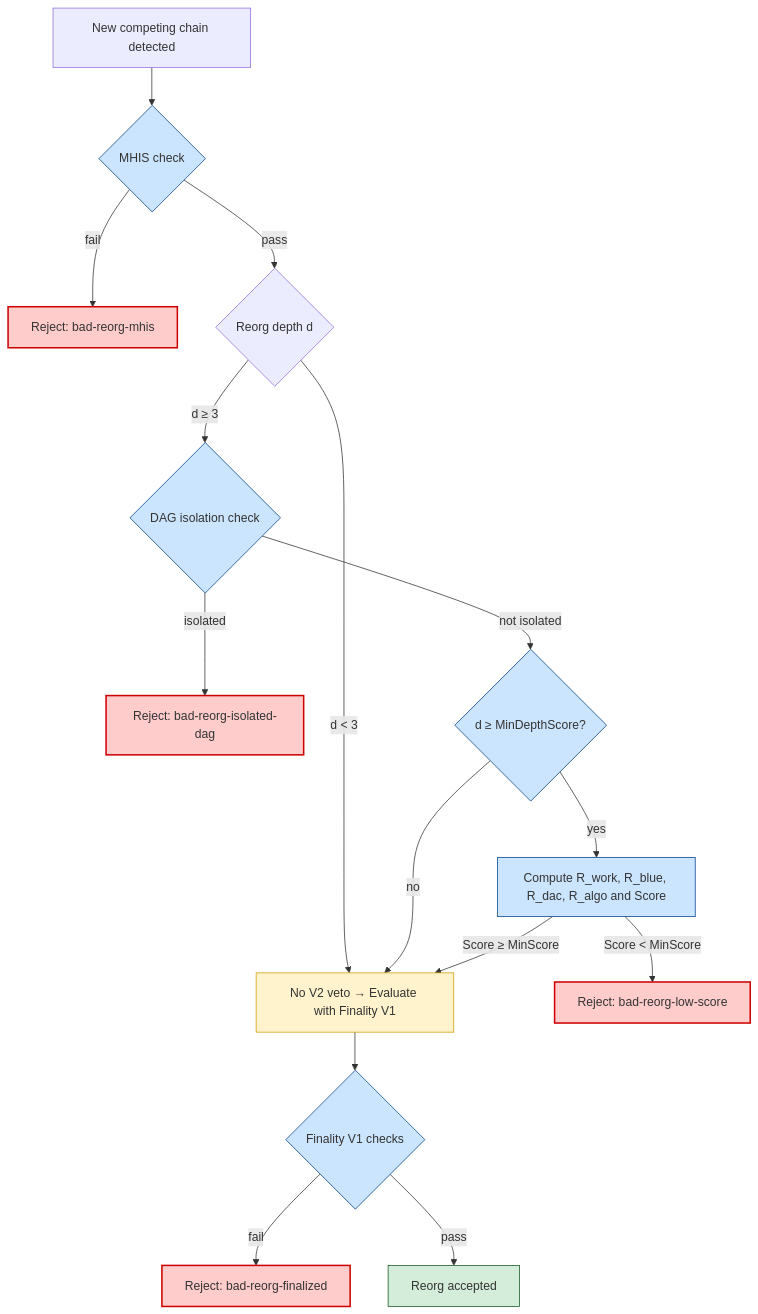
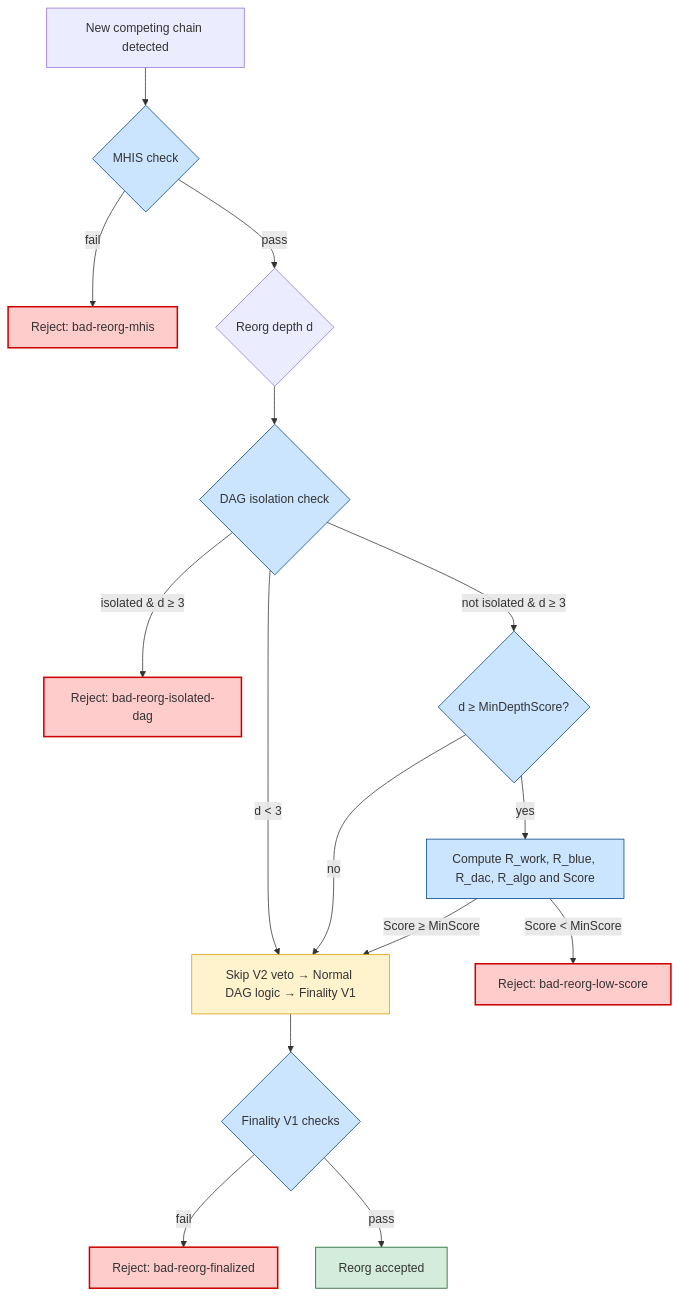
Before and after one commit to SanaMegabytes/megabytes-security-model: the diagram in README.md, drawn with Mermaid.

Commit message:
Refactor decision flow in README diagram

````diff
--- a/README.md
+++ b/README.md
@@ -13,38 +13,38 @@
 ```mermaid
 %%{init: {'theme':'default'}}%%
 flowchart TD
 
 
     A[New competing chain detected] --> M{MHIS check}
     M -->|fail| R1[Reject: bad-reorg-mhis]
     M -->|pass| B{Reorg depth d}
-    B -->|d < 3| F[No V2 veto → Evaluate with Finality V1]
-    B -->|d ≥ 3| C{DAG isolation check}
+    B --> C{DAG isolation check}
 
-    C -->|isolated| Z[Reject: bad-reorg-isolated-dag]
-    C -->|not isolated| D{d ≥ MinDepthScore?}
+    C -->|d < 3| F[Skip V2 veto → Normal DAG logic → Finality V1]
+    C -->|isolated & d ≥ 3| Z[Reject: bad-reorg-isolated-dag]
+    C -->|not isolated & d ≥ 3| D{d ≥ MinDepthScore?}
 
     D -->|no| F
     D -->|yes| E[Compute R_work, R_blue, R_dac, R_algo and Score]
 
     E -->|Score < MinScore| Y[Reject: bad-reorg-low-score]
     E -->|Score ≥ MinScore| F
 
     F --> H{Finality V1 checks}
     H -->|fail| R2[Reject: bad-reorg-finalized]
     H -->|pass| G[Reorg accepted]
 
 
     %% === COLORS ===
     classDef danger fill:#ffcccc,stroke:#cc0000,stroke-width:2px;
     classDef warn fill:#fff3cd,stroke:#d39e00,stroke-width:1px;
     classDef safe fill:#d4edda,stroke:#155724,stroke-width:1px;
     classDef step fill:#cce5ff,stroke:#004085,stroke-width:1px;
 
     %% Apply colors
     class M,C,D,E,H step;
     class R1,R2,Y,Z danger;
     class G safe;
     class F warn;
 
 ```
````
